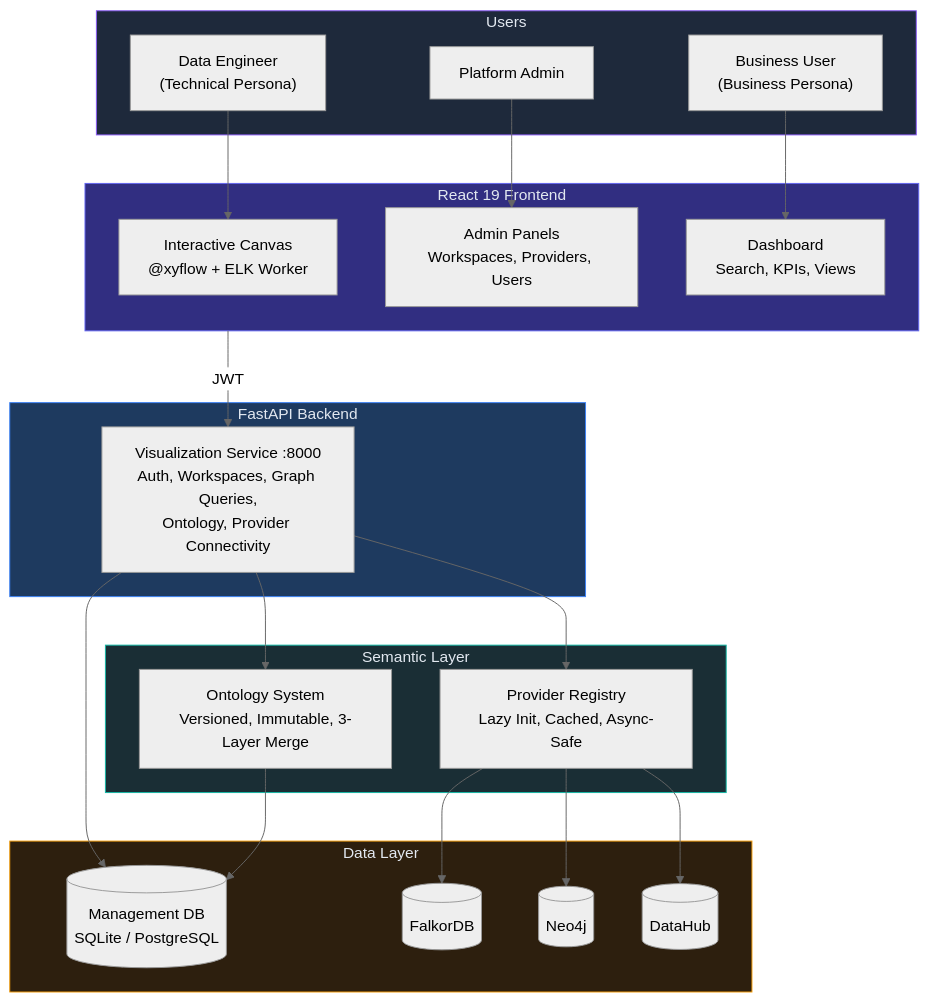
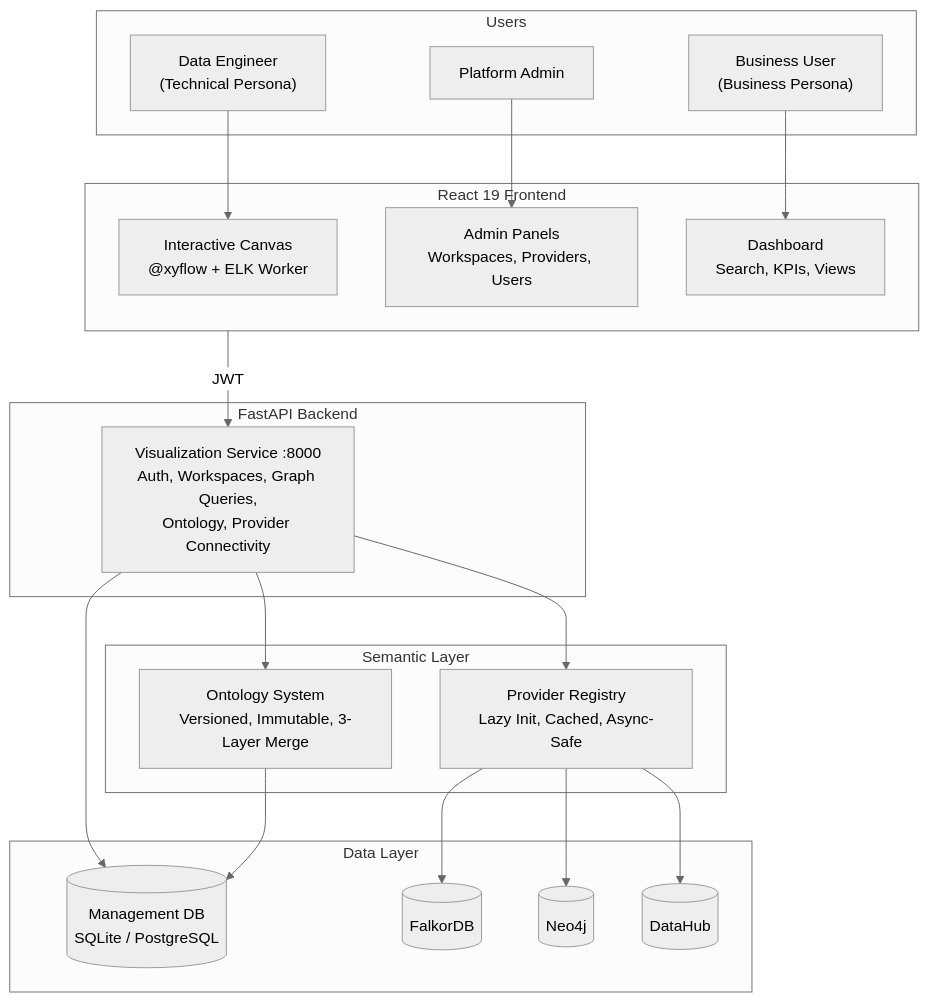
The eighth of 10 diagrams in docs/OVERVIEW.md (rkrumins/dataviz), drawn with Mermaid (neutral theme) before and after one commit. The commit also changed other lines of this file and 46 other files, not shown here.

````diff
--- a/docs/OVERVIEW.md
+++ b/docs/OVERVIEW.md
@@ -371,51 +358,46 @@
 ```mermaid
 graph TB
     subgraph Users["Users"]
         BU["Business User<br/>(Business Persona)"]
         DE["Data Engineer<br/>(Technical Persona)"]
         PA["Platform Admin"]
     end
 
     subgraph Frontend["React 19 Frontend"]
         Canvas["Interactive Canvas<br/>@xyflow + ELK Worker"]
         Admin["Admin Panels<br/>Workspaces, Providers, Users"]
         Dashboard["Dashboard<br/>Search, KPIs, Views"]
     end
 
     subgraph Backend["FastAPI Backend"]
         VizSvc["Visualization Service :8000<br/>Auth, Workspaces, Graph Queries,<br/>Ontology, Provider Connectivity"]
     end
 
     subgraph Semantic["Semantic Layer"]
         Ontology["Ontology System<br/>Versioned, Immutable, 3-Layer Merge"]
         Registry["Provider Registry<br/>Lazy Init, Cached, Async-Safe"]
     end
 
     subgraph Data["Data Layer"]
         MgmtDB[(Management DB<br/>SQLite / PostgreSQL)]
         FDB[(FalkorDB)]
         Neo[(Neo4j)]
         DH[(DataHub)]
     end
 
     BU --> Dashboard
     DE --> Canvas
     PA --> Admin
 
     Frontend -->|JWT| VizSvc
 
     VizSvc --> Ontology
     VizSvc --> Registry
 
     Registry --> FDB
     Registry --> Neo
     Registry --> DH
     Ontology --> MgmtDB
     VizSvc --> MgmtDB
 
-    style Users fill:#1e293b,stroke:#8b5cf6,color:#e2e8f0
-    style Frontend fill:#312e81,stroke:#6366f1,color:#e2e8f0
-    style Backend fill:#1e3a5f,stroke:#3b82f6,color:#e2e8f0
-    style Semantic fill:#1a2e35,stroke:#14b8a6,color:#e2e8f0
-    style Data fill:#2d1f0e,stroke:#f59e0b,color:#e2e8f0
 ```
````
